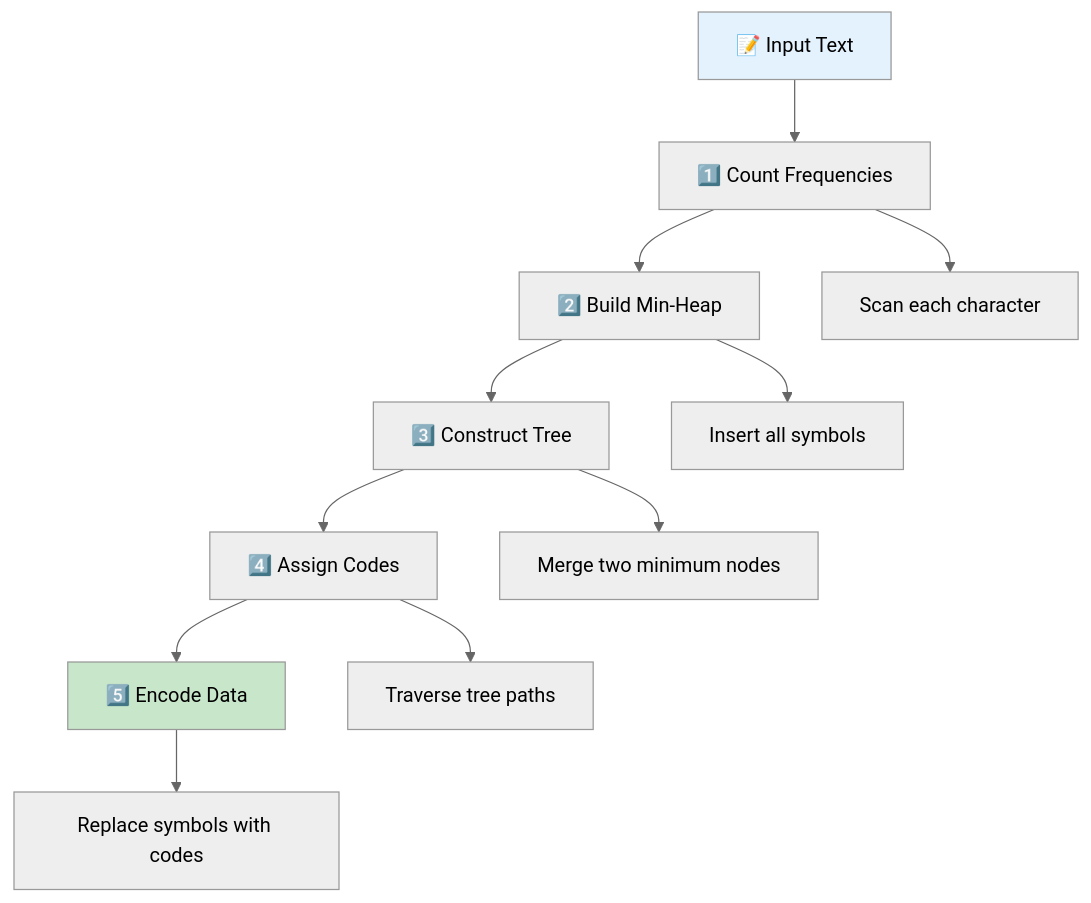
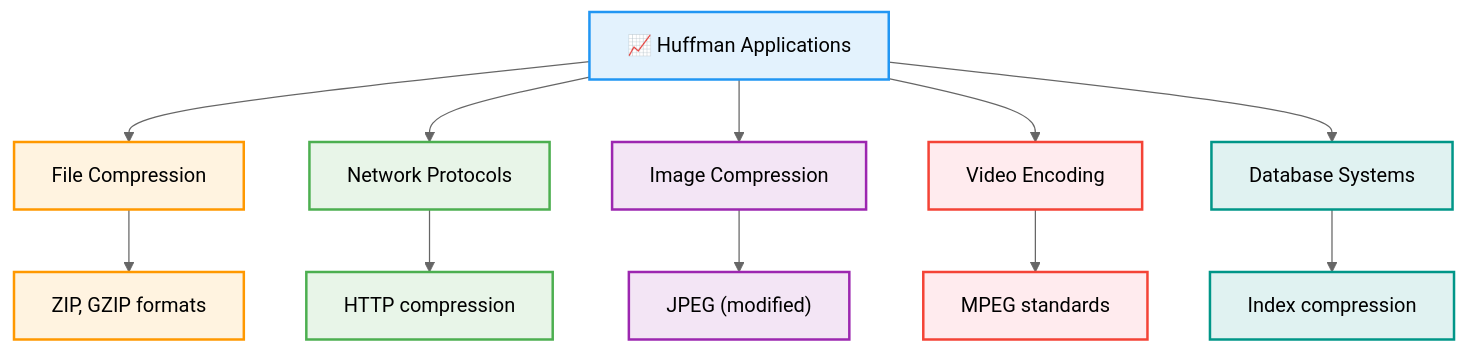
The fifth of 6 diagrams in concepts/huffman.md (AbhishekGiri04/Algorithmics-Foundations), drawn with Mermaid (neutral theme) before and after one commit. The commit also changed other lines of this file, not shown here.

Commit message:
Add comprehensive huffman.md with professional design and light colors

````diff
--- a/concepts/huffman.md
+++ b/concepts/huffman.md
@@ -140,17 +727,28 @@
 ```mermaid
 flowchart TD
-    A["📝 Input Text"] --> B["1️⃣ Count Frequencies"]
-    B --> C["2️⃣ Build Min-Heap"]
-    C --> D["3️⃣ Construct Tree"]
-    D --> E["4️⃣ Assign Codes"]
-    E --> F["5️⃣ Encode Data"]
+    A["📈 Huffman Applications"] --> B["File Compression"]
+    A --> C["Network Protocols"]
+    A --> D["Image Compression"]
+    A --> E["Video Encoding"]
+    A --> F["Database Systems"]
     
-    B --> B1["Scan each character"]
-    C --> C1["Insert all symbols"]
-    D --> D1["Merge two minimum nodes"]
-    E --> E1["Traverse tree paths"]
-    F --> F1["Replace symbols with codes"]
+    B --> G["ZIP, GZIP formats"]
+    C --> H["HTTP compression"]
+    D --> I["JPEG (modified)"]
+    E --> J["MPEG standards"]
+    F --> K["Index compression"]
     
-    style A fill:#e3f2fd
-    style F fill:#c8e6c9
+    classDef default fill:#f9f9f9,stroke:#333,stroke-width:2px,color:#000
+    classDef applications fill:#e3f2fd,stroke:#2196f3,stroke-width:2px,color:#000
+    classDef file fill:#fff3e0,stroke:#ff9800,stroke-width:2px,color:#000
+    classDef network fill:#e8f5e8,stroke:#4caf50,stroke-width:2px,color:#000
+    classDef image fill:#f3e5f5,stroke:#9c27b0,stroke-width:2px,color:#000
+    classDef video fill:#ffebee,stroke:#f44336,stroke-width:2px,color:#000
+    classDef database fill:#e0f2f1,stroke:#009688,stroke-width:2px,color:#000
+    class A applications
+    class B,G file
+    class C,H network
+    class D,I image
+    class E,J video
+    class F,K database
 ```
````
